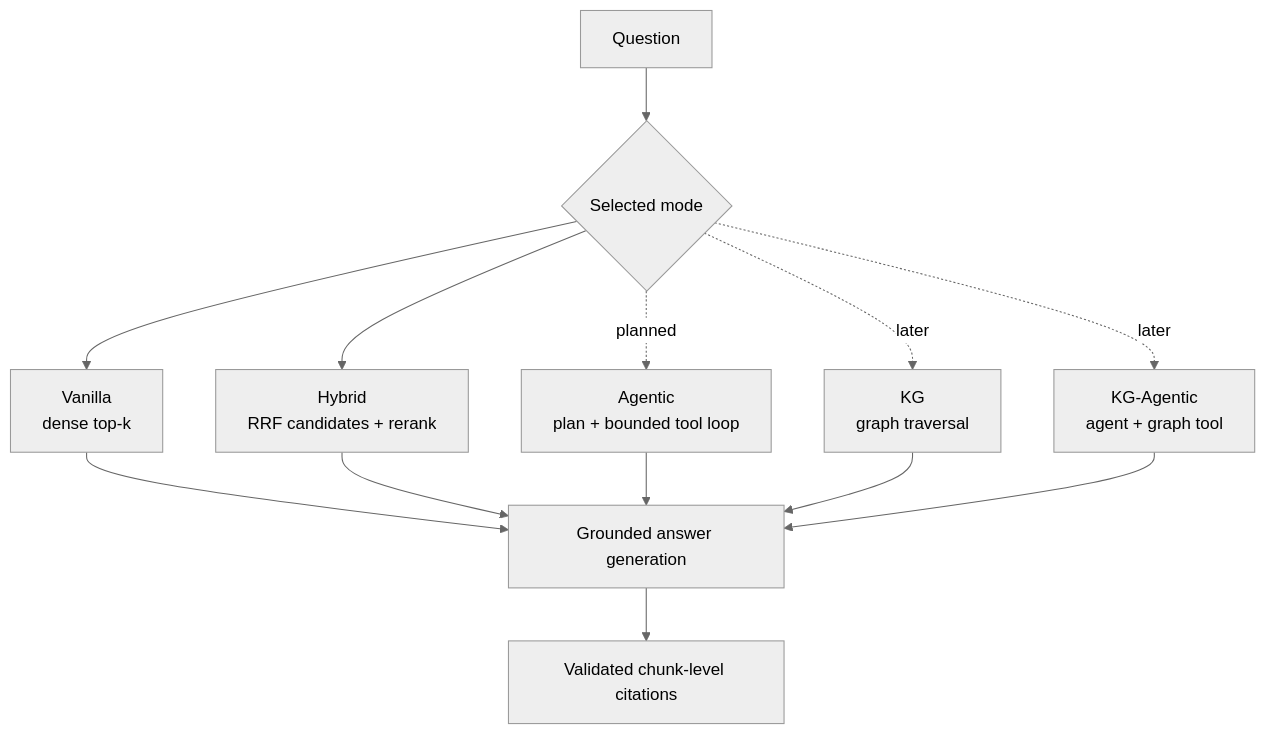
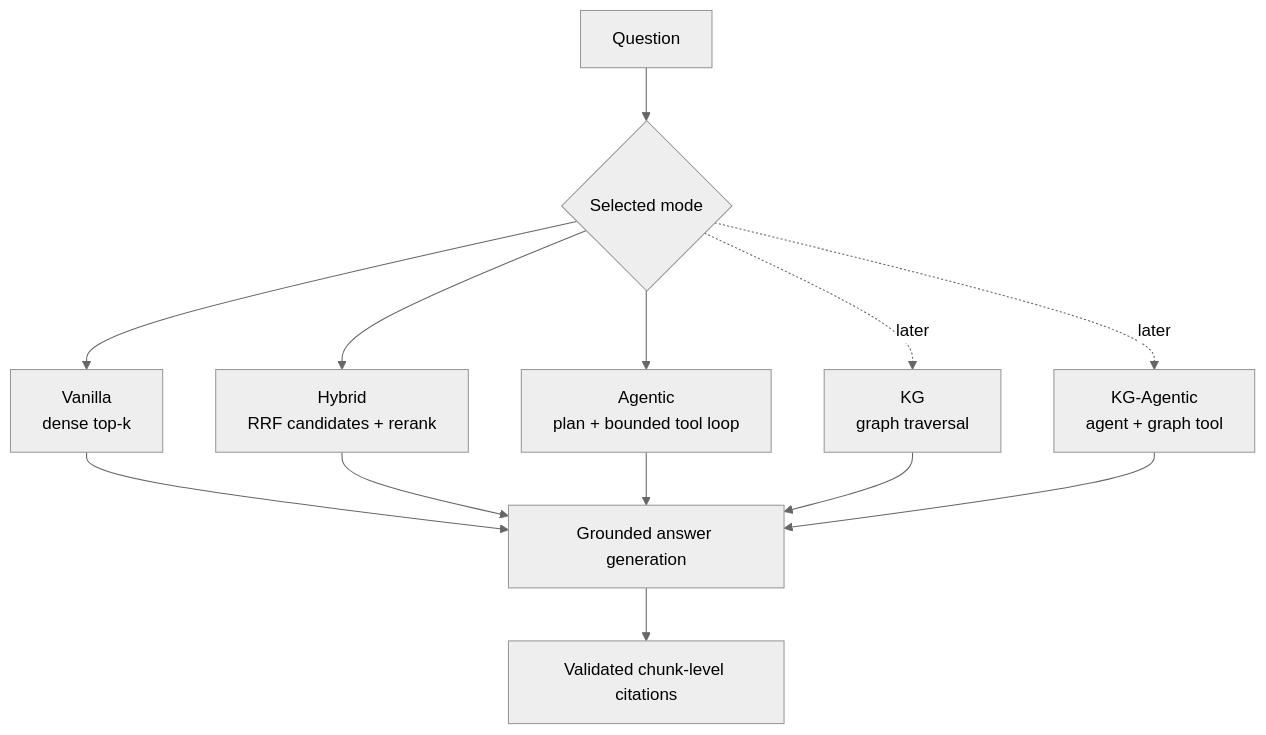
The diagram in docs/architecture/rag-modes.md (pdemeulenaer/rag-demo), drawn with Mermaid (neutral theme) before and after one commit. The commit also changed other lines of this file and 19 other files, not shown here.

````diff
--- a/docs/architecture/rag-modes.md
+++ b/docs/architecture/rag-modes.md
@@ -22,15 +22,15 @@
 ```mermaid
 flowchart TB
     Q[Question] --> M{Selected mode}
     M --> V[Vanilla<br/>dense top-k]
     M --> H[Hybrid<br/>RRF candidates + rerank]
-    M -. planned .-> A[Agentic<br/>plan + bounded tool loop]
+    M --> A[Agentic<br/>plan + bounded tool loop]
     M -. later .-> K[KG<br/>graph traversal]
     M -. later .-> KA[KG-Agentic<br/>agent + graph tool]
     V --> G[Grounded answer generation]
     H --> G
     A --> G
     K --> G
     KA --> G
     G --> C[Validated chunk-level citations]
 ```
````
